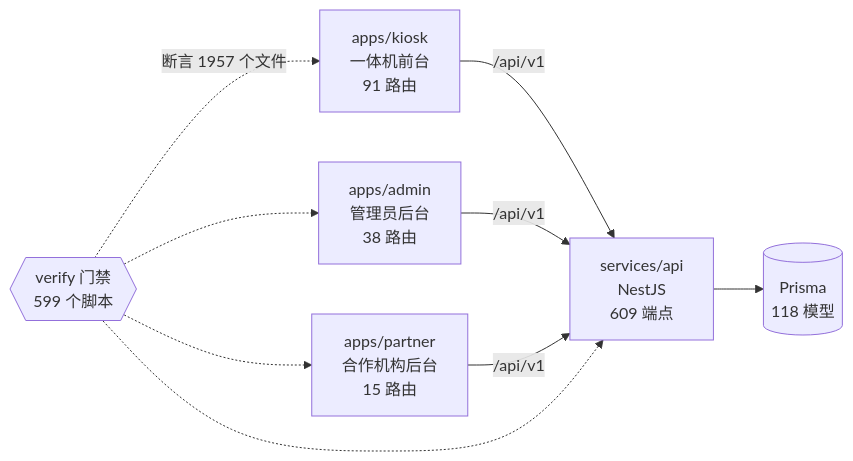
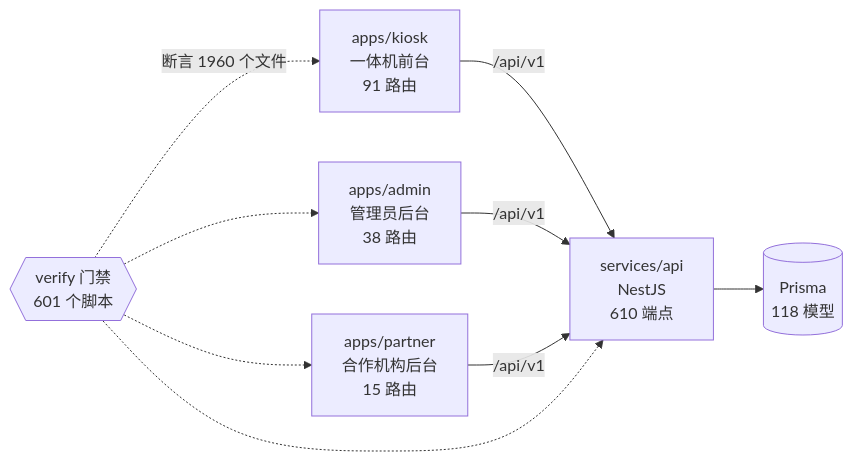
Before and after one commit to wanglei581/YITIJI: the diagram in docs/graph/README.md, drawn with Mermaid. The commit also changed other lines of this file and 4 other files, not shown here.

First line of the commit message:
docs：记屏上扫描后端第二批 B2（含两处 B1 复审修复和 page_ready 续期 10 分钟），重出图谱

````diff
--- a/docs/graph/README.md
+++ b/docs/graph/README.md
@@ -68,18 +68,18 @@
 ```mermaid
 flowchart LR
   kiosk["apps/kiosk<br/>一体机前台<br/>91 路由"]
   admin["apps/admin<br/>管理员后台<br/>38 路由"]
   partner["apps/partner<br/>合作机构后台<br/>15 路由"]
-  api["services/api<br/>NestJS<br/>609 端点"]
+  api["services/api<br/>NestJS<br/>610 端点"]
   db[("Prisma<br/>118 模型")]
-  gates{{"verify 门禁<br/>599 个脚本"}}
+  gates{{"verify 门禁<br/>601 个脚本"}}
 
   kiosk -->|"/api/v1"| api
   admin -->|"/api/v1"| api
   partner -->|"/api/v1"| api
   api --> db
-  gates -.->|"断言 1957 个文件"| kiosk
+  gates -.->|"断言 1960 个文件"| kiosk
   gates -.-> admin
   gates -.-> partner
   gates -.-> api
 ```
````
